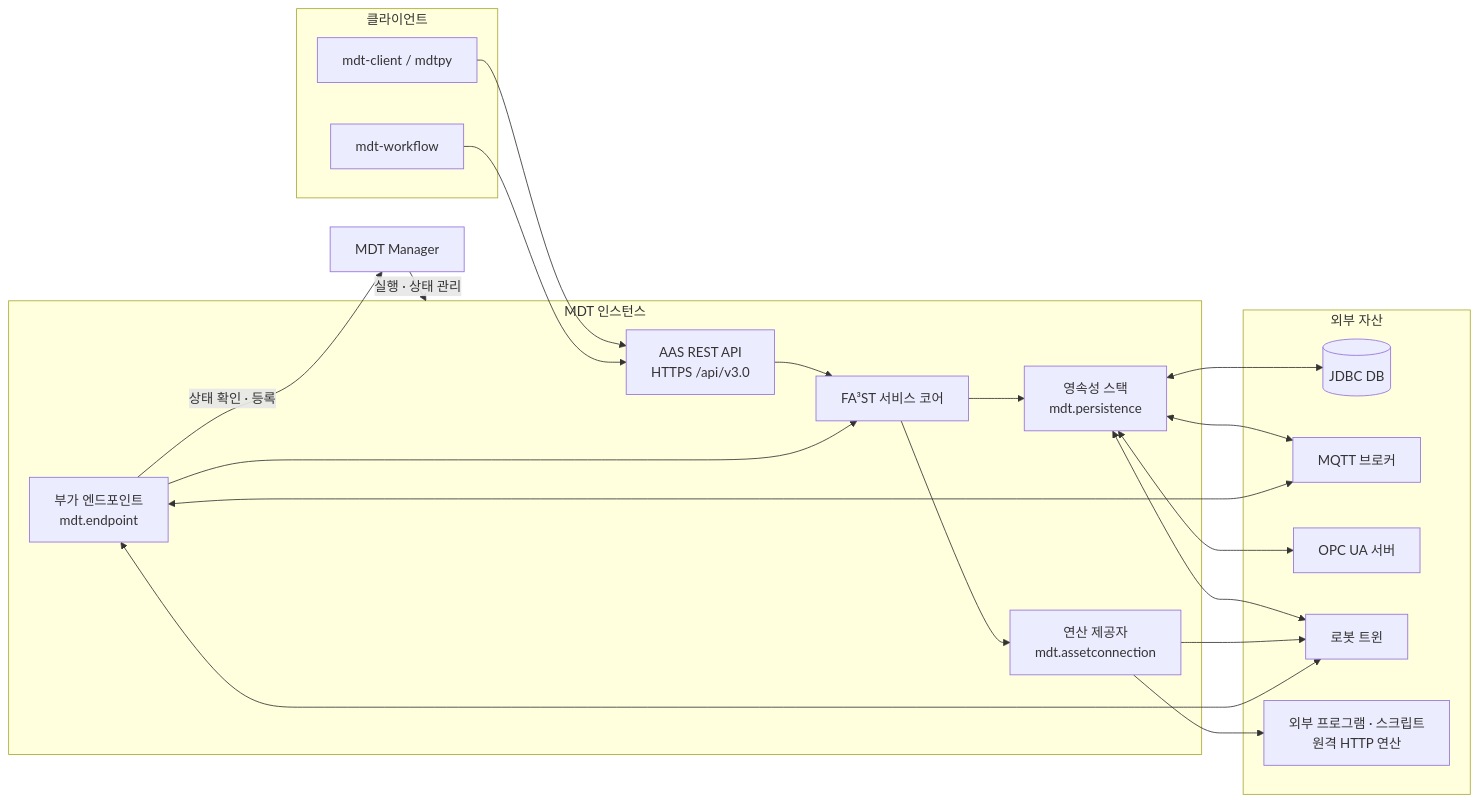
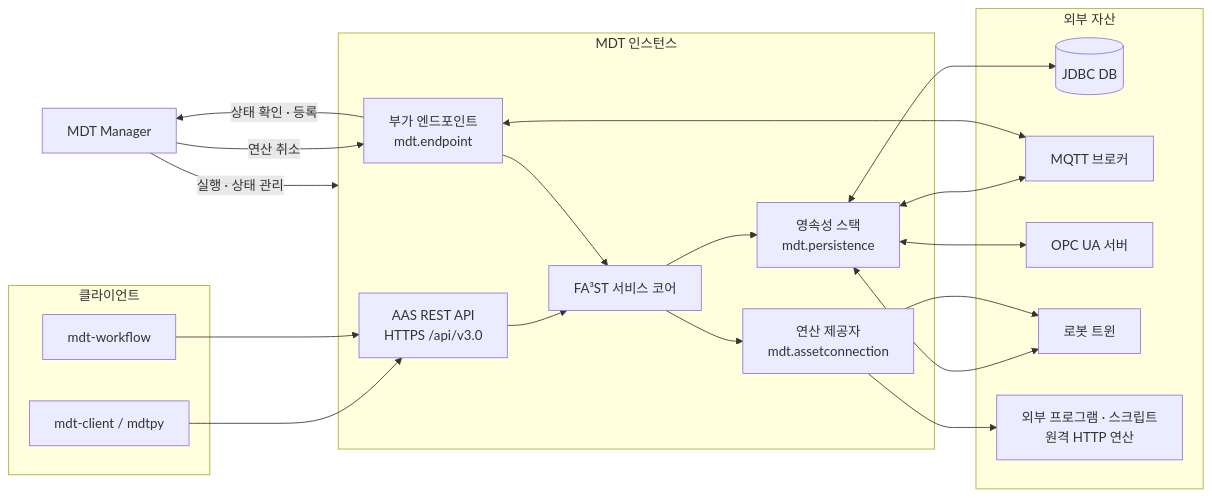
The first of 3 diagrams in README.md (kwlee0220/mdt-instance), drawn with Mermaid before and after one commit. The commit also changed other lines of this file and 69 other files, not shown here.

````diff
--- a/README.md
+++ b/README.md
@@ -31,42 +31,42 @@
 ```mermaid
 flowchart LR
     subgraph Clients[클라이언트]
         C1[mdt-client / mdtpy]
         C2[mdt-workflow]
     end
 
     MGR[MDT Manager]
 
     subgraph INST[MDT 인스턴스]
         HTTP[AAS REST API<br/>HTTPS /api/v3.0]
         CORE[FA³ST 서비스 코어]
         PS[영속성 스택<br/>mdt.persistence]
         AC[연산 제공자<br/>mdt.assetconnection]
         EP[부가 엔드포인트<br/>mdt.endpoint]
         HTTP --> CORE
         CORE --> PS
         CORE --> AC
         EP --> CORE
     end
 
     subgraph Assets[외부 자산]
         DB[(JDBC DB)]
         MQ[MQTT 브로커]
         OPC[OPC UA 서버]
         RT[로봇 트윈]
         PRG[외부 프로그램 · 스크립트<br/>원격 HTTP 연산]
     end
 
     C1 --> HTTP
     C2 --> HTTP
     MGR -- 실행 · 상태 관리 --> INST
     EP -- 상태 확인 · 등록 --> MGR
     PS <--> DB
     PS <--> MQ
     PS <--> OPC
     PS <--> RT
     AC --> PRG
     AC --> RT
     EP <--> MQ
-    EP <--> RT
+    MGR -- 연산 취소 --> EP
 ```
````
